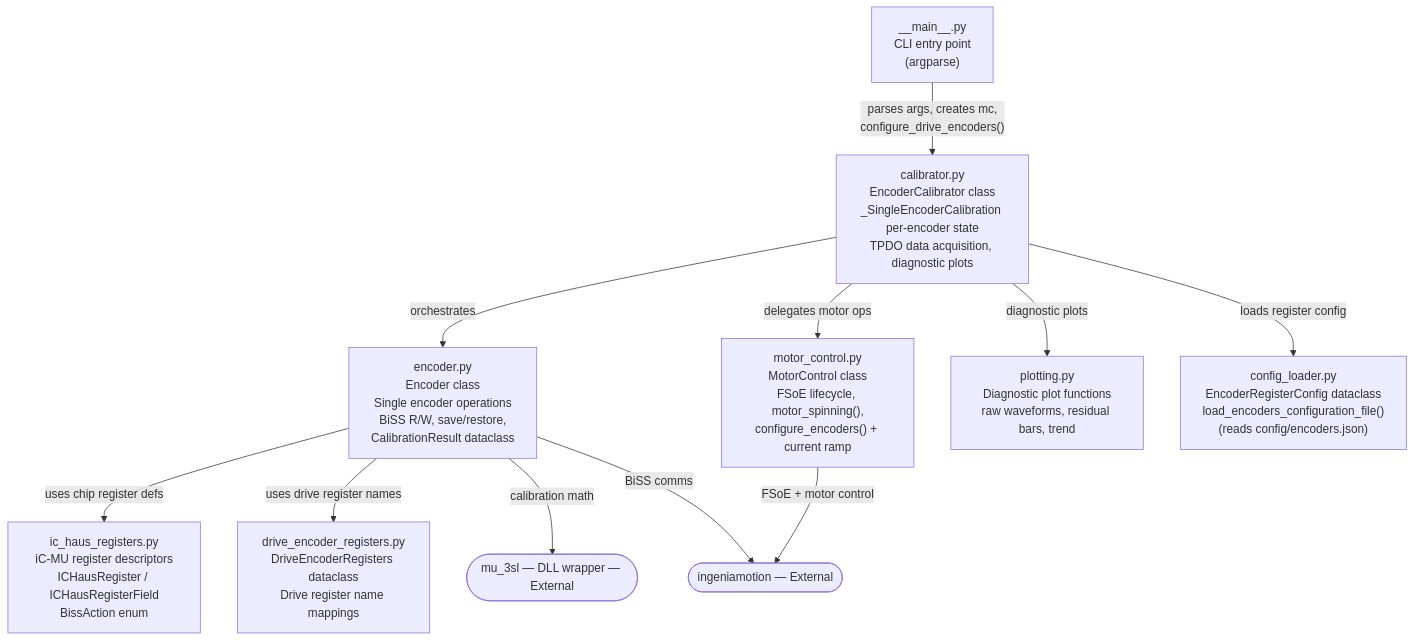
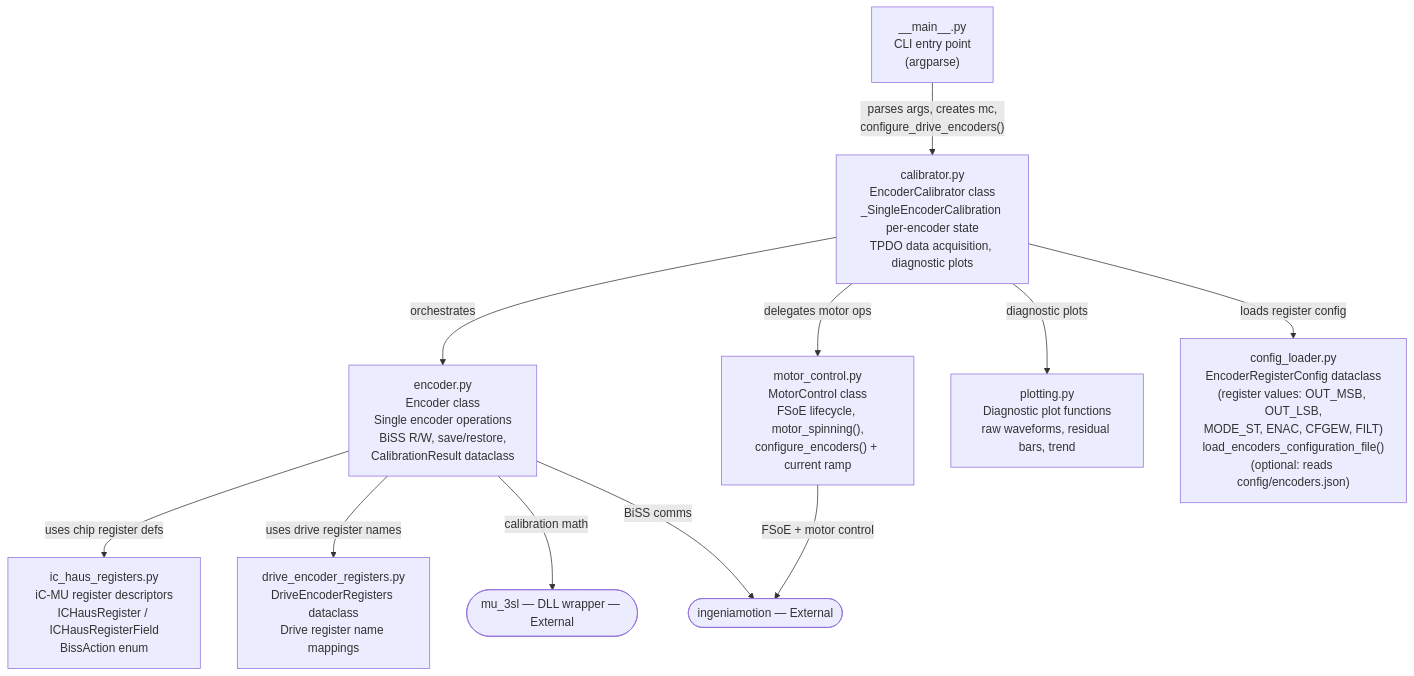
The first of 3 diagrams in architecture.md (ingeniamc/iC-Haus-magnetic-encoder-calibration), drawn with Mermaid before and after one commit. The commit also changed other lines of this file and 1 other file, not shown here.

Commit message:
Update architecture and remove dead code.

````diff
--- a/architecture.md
+++ b/architecture.md
@@ -166,25 +166,25 @@
 ```mermaid
 flowchart TD
     MAIN["__main__.py<br/>CLI entry point<br/>(argparse)"]
     ICREG["ic_haus_registers.py<br/>iC-MU register descriptors<br/>ICHausRegister / ICHausRegisterField<br/>BissAction enum"]
     DRVREG["drive_encoder_registers.py<br/>DriveEncoderRegisters dataclass<br/>Drive register name mappings"]
-    CFG["config_loader.py<br/>EncoderRegisterConfig dataclass<br/>load_encoders_configuration_file()<br/>(reads config/encoders.json)"]
+    CFG["config_loader.py<br/>EncoderRegisterConfig dataclass<br/>(register values: OUT_MSB, OUT_LSB,<br/>MODE_ST, ENAC, CFGEW, FILT)<br/>load_encoders_configuration_file()<br/>(optional: reads config/encoders.json)"]
     ENC["encoder.py<br/>Encoder class<br/>Single encoder operations<br/>BiSS R/W, save/restore,<br/>CalibrationResult dataclass"]
     MOT["motor_control.py<br/>MotorControl class<br/>FSoE lifecycle, motor_spinning(),<br/>configure_encoders() + current ramp"]
     CAL["calibrator.py<br/>EncoderCalibrator class<br/>_SingleEncoderCalibration per-encoder state<br/>TPDO data acquisition, diagnostic plots"]
     PLOT["plotting.py<br/>Diagnostic plot functions<br/>raw waveforms, residual bars, trend"]
 
     MU([mu_3sl — DLL wrapper — External])
     IM([ingeniamotion — External])
 
     MAIN -->|"parses args, creates mc,<br/>configure_drive_encoders()"| CAL
     CAL -->|"orchestrates"| ENC
     CAL -->|"delegates motor ops"| MOT
     CAL -->|"diagnostic plots"| PLOT
     CAL -->|"loads register config"| CFG
     MOT -->|"FSoE + motor control"| IM
     ENC -->|"uses chip register defs"| ICREG
     ENC -->|"uses drive register names"| DRVREG
     ENC -->|"calibration math"| MU
     ENC -->|"BiSS comms"| IM
 ```
````
